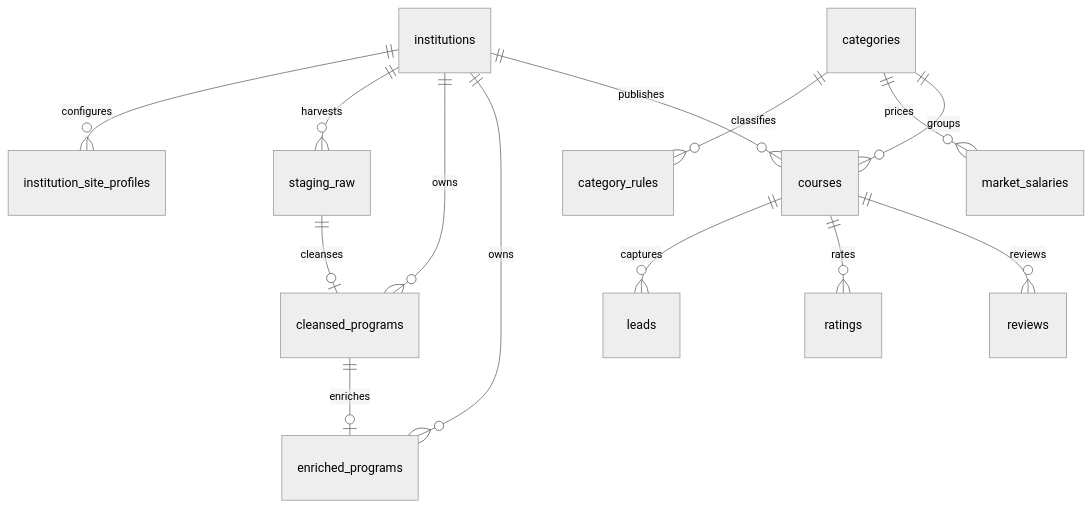
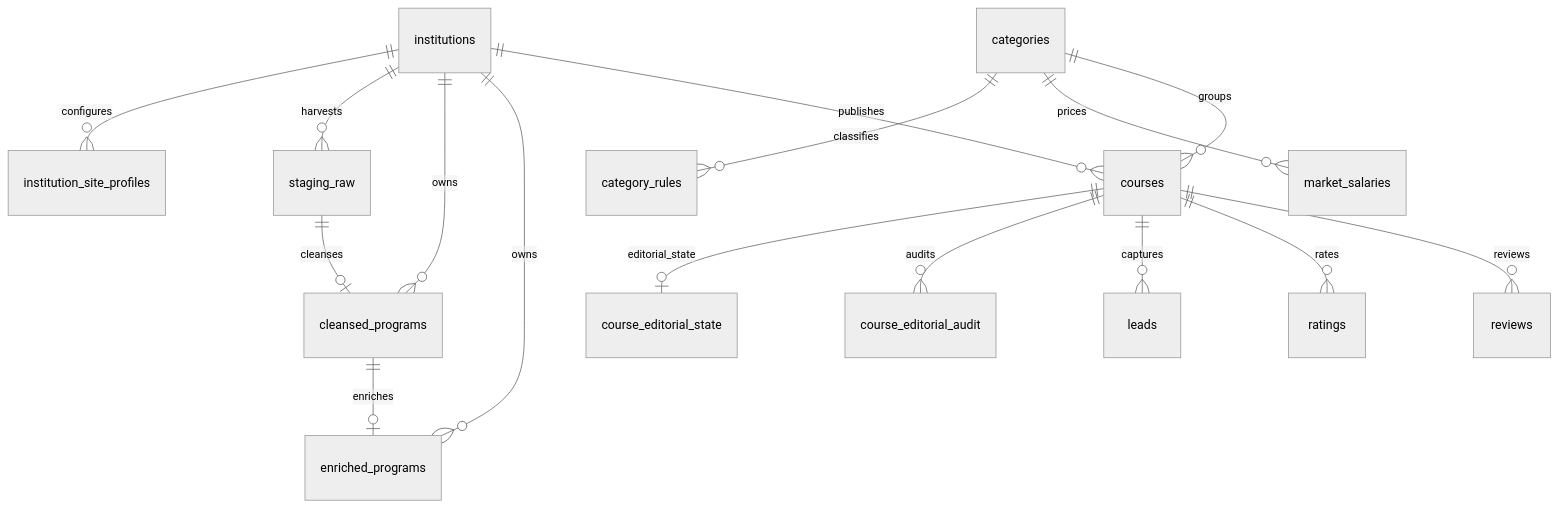
The first of 2 diagrams in .context/sistema_db_supabase.md (romelhc95/studiamatch), drawn with Mermaid (neutral theme) before and after one commit. The commit also changed other lines of this file and 14 other files, not shown here.

````diff
--- a/.context/sistema_db_supabase.md
+++ b/.context/sistema_db_supabase.md
@@ -12,16 +13,18 @@
 ```mermaid
 erDiagram
     institutions ||--o{ institution_site_profiles : configures
     institutions ||--o{ staging_raw : harvests
     institutions ||--o{ cleansed_programs : owns
     institutions ||--o{ enriched_programs : owns
     institutions ||--o{ courses : publishes
+    courses ||--o| course_editorial_state : editorial_state
+    courses ||--o{ course_editorial_audit : audits
     categories ||--o{ category_rules : classifies
     categories ||--o{ market_salaries : prices
     categories ||--o{ courses : groups
     courses ||--o{ leads : captures
     courses ||--o{ ratings : rates
     courses ||--o{ reviews : reviews
     staging_raw ||--o| cleansed_programs : cleanses
     cleansed_programs ||--o| enriched_programs : enriches
 ```
````
